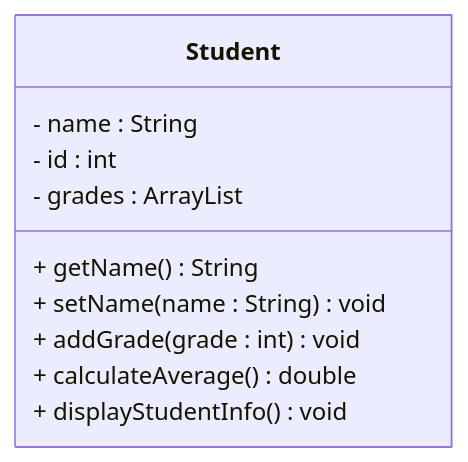
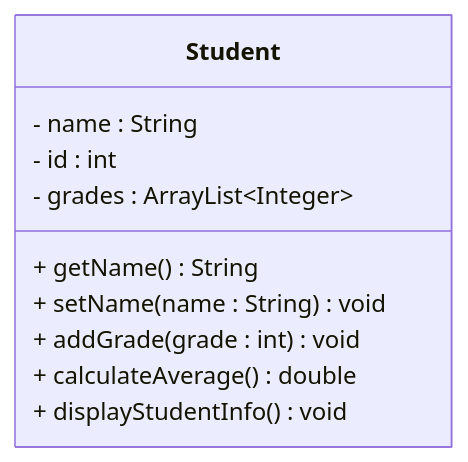
Before and after one commit to TroelsMortensen/Codelabs2: the third of 3 diagrams in Articles/Session 8 UML/008 Exercises.md, drawn with Mermaid.

````diff
--- a/Articles/Session 8 UML/008 Exercises.md
+++ b/Articles/Session 8 UML/008 Exercises.md
@@ -58,13 +58,13 @@
 ```mermaid
 classDiagram
 	class Student {
 		- name : String
 		- id : int
-		- grades : ArrayList<Integer>
+		- grades : ArrayList~Integer~
 		+ getName() String
 		+ setName(name : String) void
 		+ addGrade(grade : int) void
 		+ calculateAverage() double
 		+ displayStudentInfo() void
 	}
 ```
````
